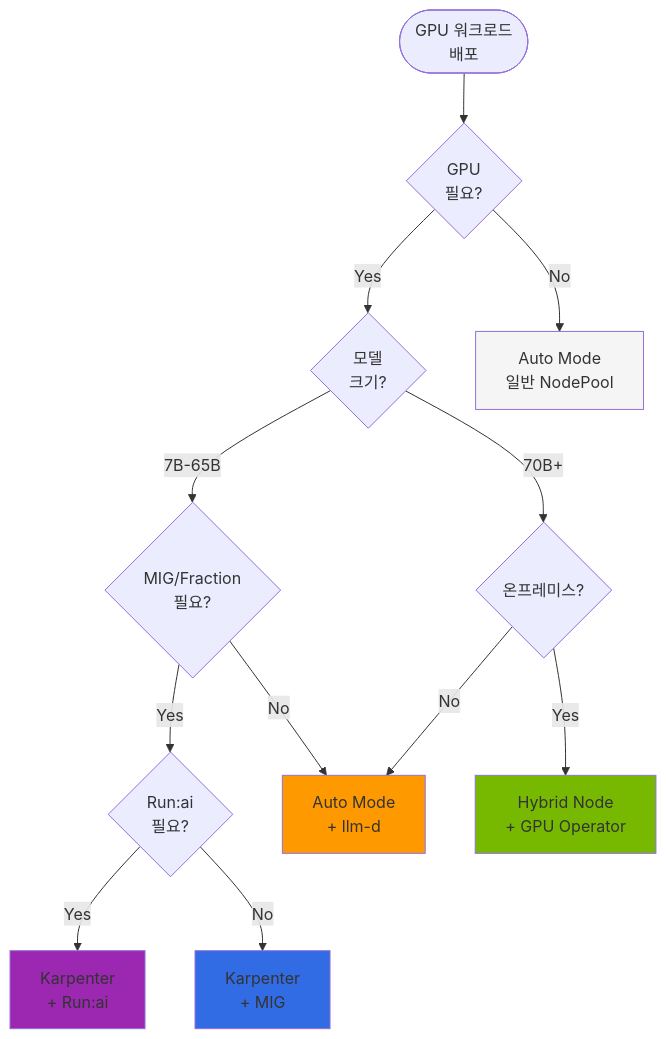
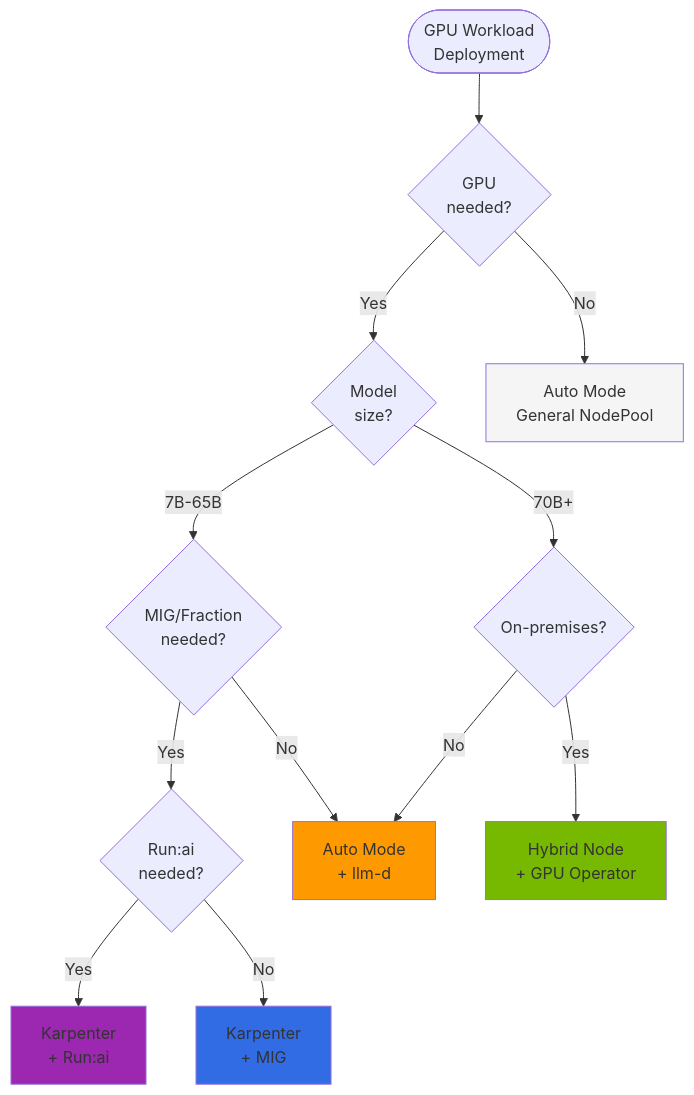
One commit to devfloor9/engineering-playbook changed the fifth of 5 diagrams in docs/agentic-ai-platform/model-serving/gpu-infrastructure/eks-gpu-node-strategy.md. Above: the diagram before and after it, drawn with Mermaid. The commit also changed other lines of this file and 954 other files, not shown here.

````diff
--- a/docs/agentic-ai-platform/model-serving/gpu-infrastructure/eks-gpu-node-strategy.md
+++ b/docs/agentic-ai-platform/model-serving/gpu-infrastructure/eks-gpu-node-strategy.md
@@ -541,37 +499,37 @@
 ```mermaid
 flowchart TD
-    Start([GPU 워크로드<br/>배포])
-    Q1{GPU<br/>필요?}
-    Q2{모델<br/>크기?}
-    Q3{온프레미스?}
-    Q4{MIG/Fraction<br/>필요?}
-    Q5{Run:ai<br/>필요?}
+    Start([GPU Workload<br/>Deployment])
+    Q1{GPU<br/>needed?}
+    Q2{Model<br/>size?}
+    Q3{On-premises?}
+    Q4{MIG/Fraction<br/>needed?}
+    Q5{Run:ai<br/>needed?}
 
-    AutoCPU[Auto Mode<br/>일반 NodePool]
+    AutoCPU[Auto Mode<br/>General NodePool]
     AutoGPU[Auto Mode<br/>+ llm-d]
     Hybrid[Hybrid Node<br/>+ GPU Operator]
     KarpRunai[Karpenter<br/>+ Run:ai]
     KarpMIG[Karpenter<br/>+ MIG]
 
     Start --> Q1
     Q1 -->|No| AutoCPU
     Q1 -->|Yes| Q2
 
     Q2 -->|70B+| Q3
     Q2 -->|7B-65B| Q4
 
     Q3 -->|No| AutoGPU
     Q3 -->|Yes| Hybrid
 
     Q4 -->|No| AutoGPU
     Q4 -->|Yes| Q5
 
     Q5 -->|Yes| KarpRunai
     Q5 -->|No| KarpMIG
 
     style AutoCPU fill:#f5f5f5
     style AutoGPU fill:#ff9900
     style Hybrid fill:#76b900
     style KarpRunai fill:#9c27b0
     style KarpMIG fill:#326ce5
 ```
````
